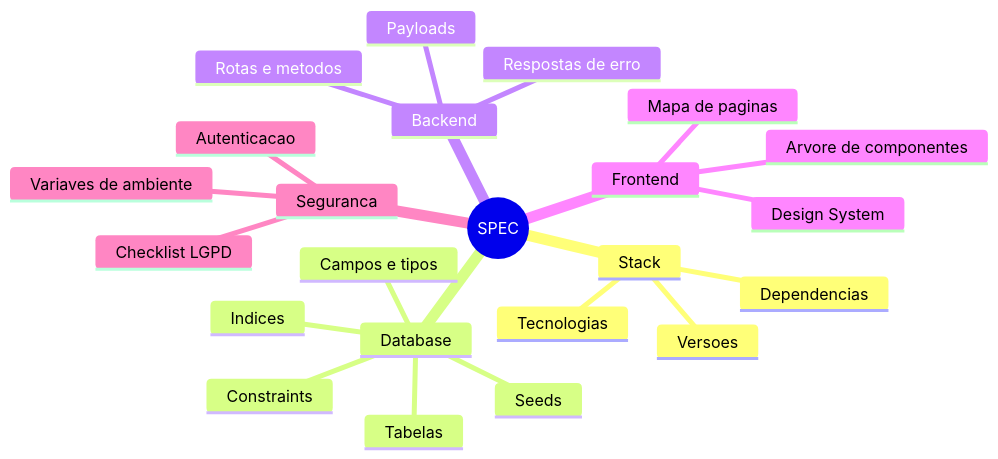
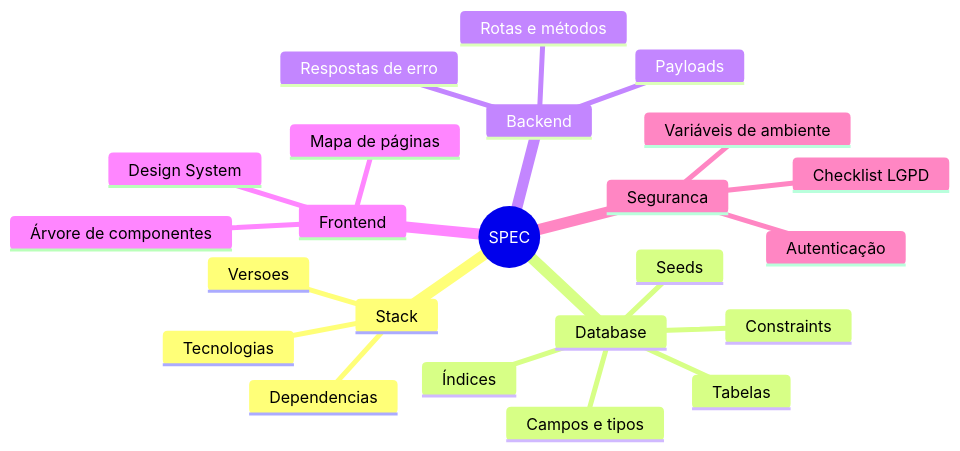
One commit to andreluizsmartins/SDD-Spec-Driven-Development changed the third of 6 diagrams in README.md. Above: the diagram before and after it, drawn with Mermaid. The commit also changed other lines of this file, not shown here.

````diff
--- a/README.md
+++ b/README.md
@@ -96,26 +96,26 @@
 ```mermaid
 mindmap
   root((SPEC))
     Stack
       Tecnologias
       Dependencias
       Versoes
     Database
       Tabelas
       Campos e tipos
       Constraints
-      Indices
+      Índices
       Seeds
     Backend
-      Rotas e metodos
+      Rotas e métodos
       Payloads
       Respostas de erro
     Frontend
-      Arvore de componentes
-      Mapa de paginas
+      Árvore de componentes
+      Mapa de páginas
       Design System
     Seguranca
-      Autenticacao
-      Variaves de ambiente
+      Autenticação
+      Variáveis de ambiente
       Checklist LGPD
 ```
````
